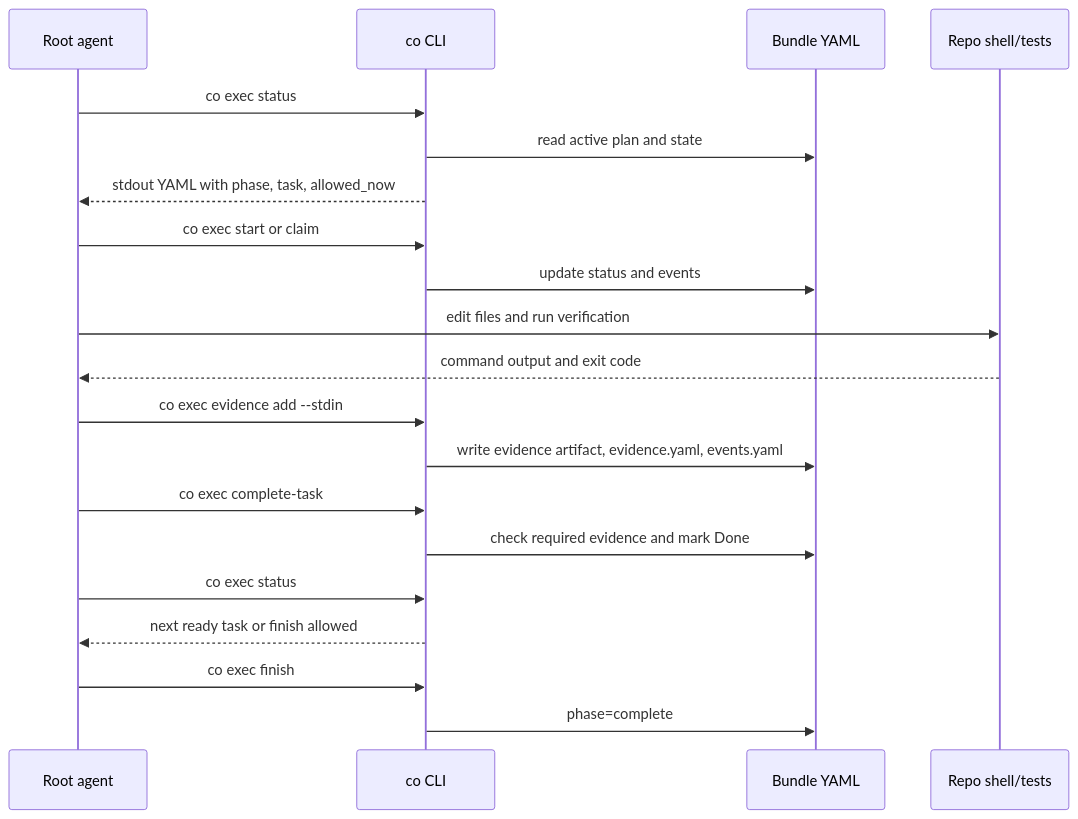
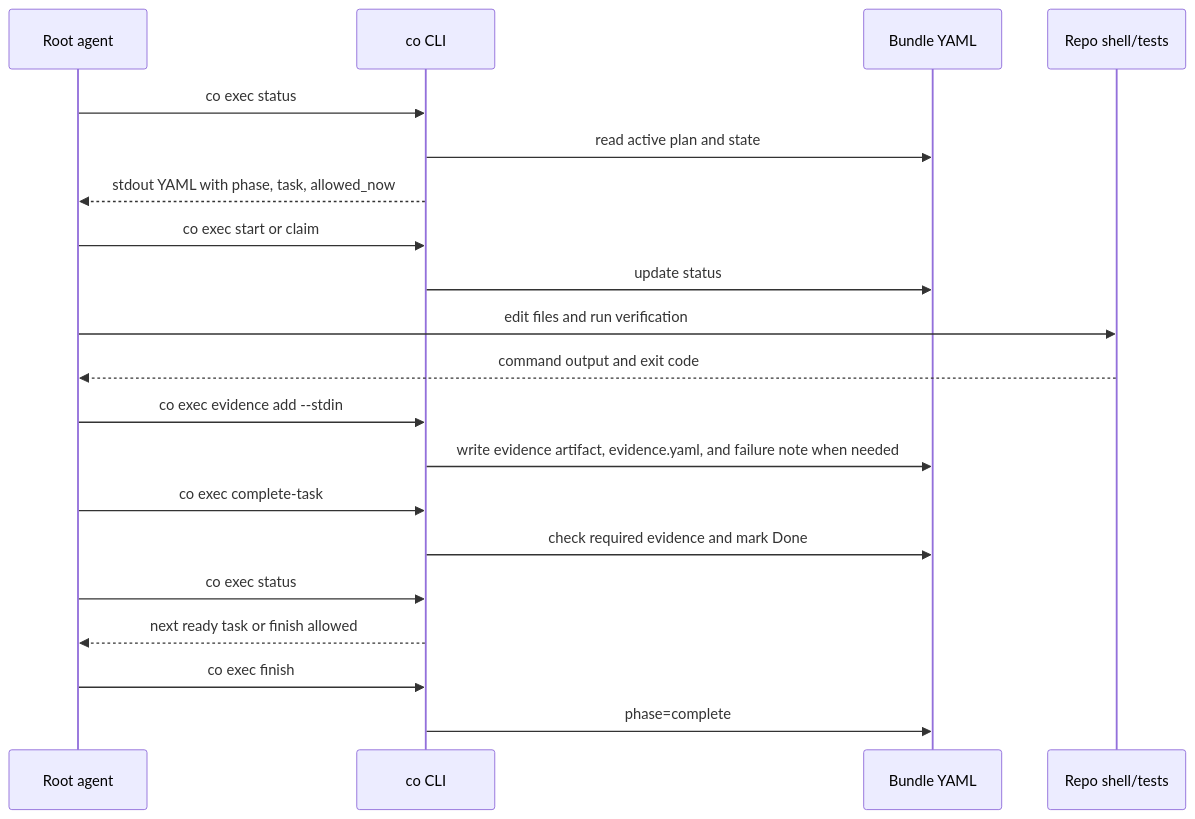
The second of 2 diagrams in skills/coexec/README.md (mym0404/coflow), drawn with Mermaid before and after one commit. The commit also changed other lines of this file and 12 other files, not shown here.

````diff
--- a/skills/coexec/README.md
+++ b/skills/coexec/README.md
@@ -141,23 +141,23 @@
 ```mermaid
 sequenceDiagram
   participant Root as Root agent
   participant EX as co CLI
   participant Bundle as Bundle YAML
   participant Shell as Repo shell/tests
 
   Root->>EX: co exec status
   EX->>Bundle: read active plan and state
   EX-->>Root: stdout YAML with phase, task, allowed_now
   Root->>EX: co exec start or claim
-  EX->>Bundle: update status and events
+  EX->>Bundle: update status
   Root->>Shell: edit files and run verification
   Shell-->>Root: command output and exit code
   Root->>EX: co exec evidence add --stdin
-  EX->>Bundle: write evidence artifact, evidence.yaml, events.yaml
+  EX->>Bundle: write evidence artifact, evidence.yaml, and failure note when needed
   Root->>EX: co exec complete-task
   EX->>Bundle: check required evidence and mark Done
   Root->>EX: co exec status
   EX-->>Root: next ready task or finish allowed
   Root->>EX: co exec finish
   EX->>Bundle: phase=complete
 ```
````
